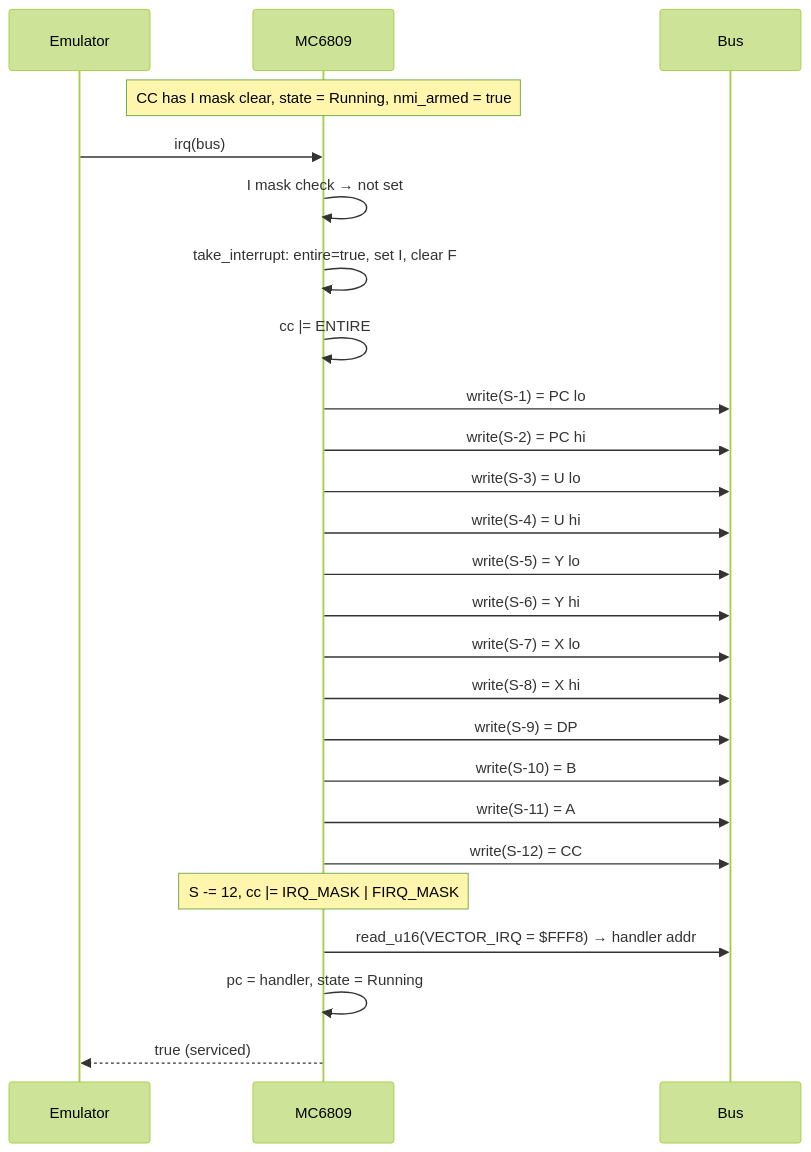
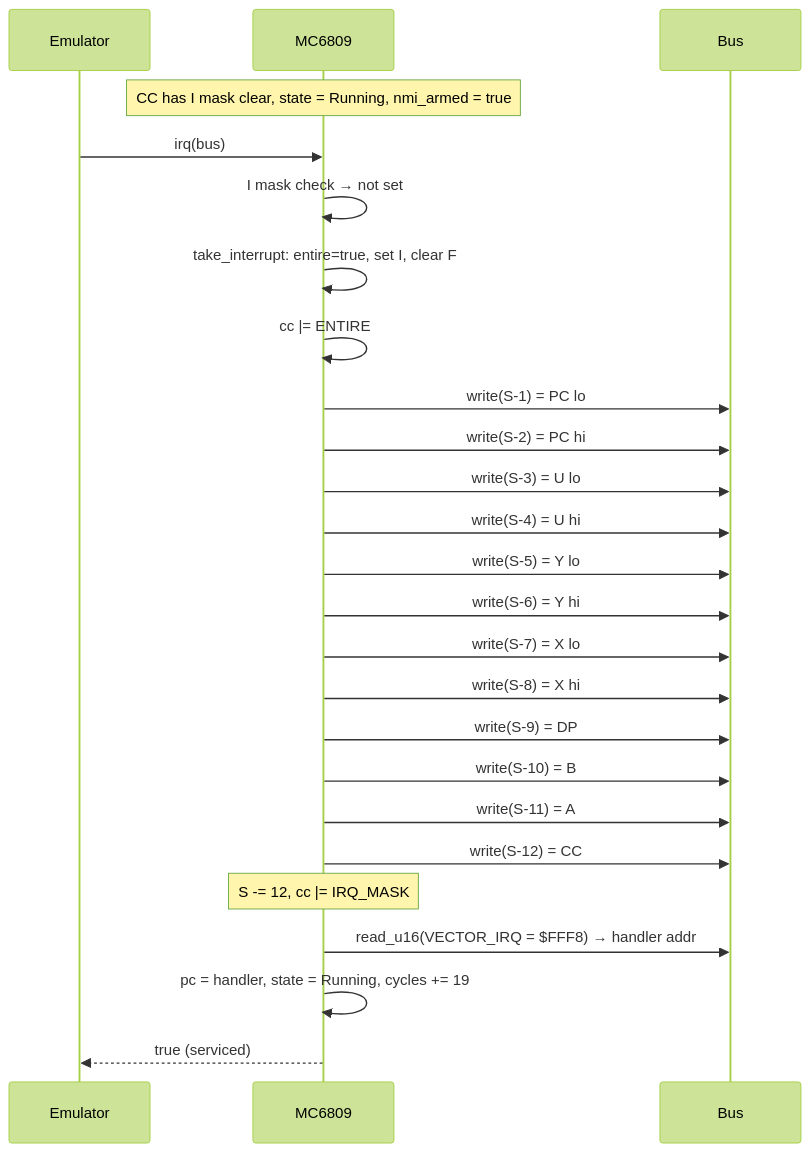
One commit to sperano/cocovm changed the eighth of 12 diagrams in crates/mc6809/diagrams.md. Above: the diagram before and after it, drawn with Mermaid (forest theme). The commit also changed other lines of this file and 12 other files, not shown here.

````diff
--- a/crates/mc6809/diagrams.md
+++ b/crates/mc6809/diagrams.md
@@ -284,29 +291,29 @@
 ```mermaid
 sequenceDiagram
     participant Emu as Emulator
     participant CPU as MC6809
     participant Bus as Bus
 
     Note over CPU: CC has I mask clear, state = Running, nmi_armed = true
 
     Emu->>CPU: irq(bus)
     CPU->>CPU: I mask check → not set
     CPU->>CPU: take_interrupt: entire=true, set I, clear F
     CPU->>CPU: cc |= ENTIRE
     CPU->>Bus: write(S-1) = PC lo
     CPU->>Bus: write(S-2) = PC hi
     CPU->>Bus: write(S-3) = U lo
     CPU->>Bus: write(S-4) = U hi
     CPU->>Bus: write(S-5) = Y lo
     CPU->>Bus: write(S-6) = Y hi
     CPU->>Bus: write(S-7) = X lo
     CPU->>Bus: write(S-8) = X hi
     CPU->>Bus: write(S-9) = DP
     CPU->>Bus: write(S-10) = B
     CPU->>Bus: write(S-11) = A
     CPU->>Bus: write(S-12) = CC
-    Note over CPU: S -= 12, cc |= IRQ_MASK | FIRQ_MASK
+    Note over CPU: S -= 12, cc |= IRQ_MASK
     CPU->>Bus: read_u16(VECTOR_IRQ = $FFF8) → handler addr
-    CPU->>CPU: pc = handler, state = Running
+    CPU->>CPU: pc = handler, state = Running, cycles += 19
     CPU-->>Emu: true (serviced)
 ```
````
